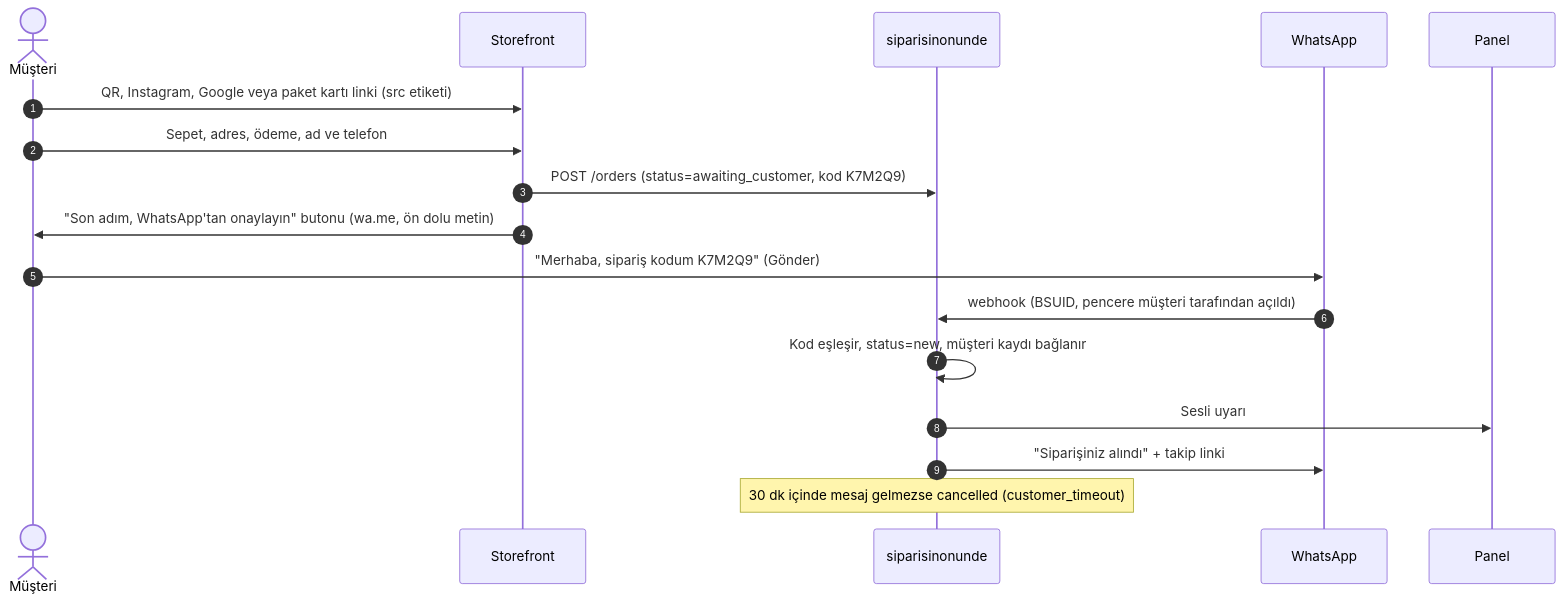
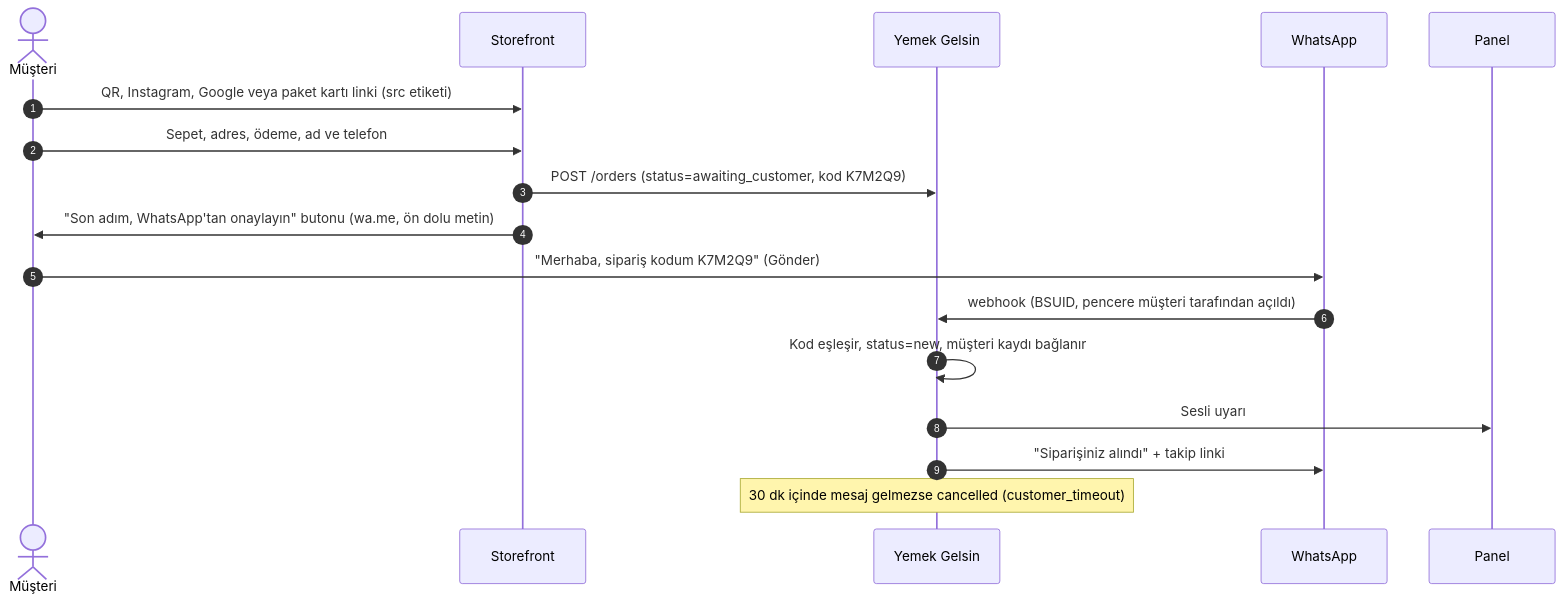
One commit to eraycaylak/siparisinonunde changed the second of 7 diagrams in docs/arastirma/05-urun-ux.md. Above: the diagram before and after it, drawn with Mermaid. The commit also changed other lines of this file and 99 other files, not shown here.

First line of the commit message:
Yemek Gelsin: marka adı, yemekgelsin.net alan adı, herkese açık demo

````diff
--- a/docs/arastirma/05-urun-ux.md
+++ b/docs/arastirma/05-urun-ux.md
@@ -188,19 +188,19 @@
 ```mermaid
 sequenceDiagram
     autonumber
     actor M as Müşteri
     participant W as Storefront
-    participant S as siparisinonunde
+    participant S as Yemek Gelsin
     participant WA as WhatsApp
     participant P as Panel
     M->>W: QR, Instagram, Google veya paket kartı linki (src etiketi)
     M->>W: Sepet, adres, ödeme, ad ve telefon
     W->>S: POST /orders (status=awaiting_customer, kod K7M2Q9)
     W->>M: "Son adım, WhatsApp'tan onaylayın" butonu (wa.me, ön dolu metin)
     M->>WA: "Merhaba, sipariş kodum K7M2Q9" (Gönder)
     WA->>S: webhook (BSUID, pencere müşteri tarafından açıldı)
     S->>S: Kod eşleşir, status=new, müşteri kaydı bağlanır
     S->>P: Sesli uyarı
     S->>WA: "Siparişiniz alındı" + takip linki
     Note over S: 30 dk içinde mesaj gelmezse cancelled (customer_timeout)
 ```
````
